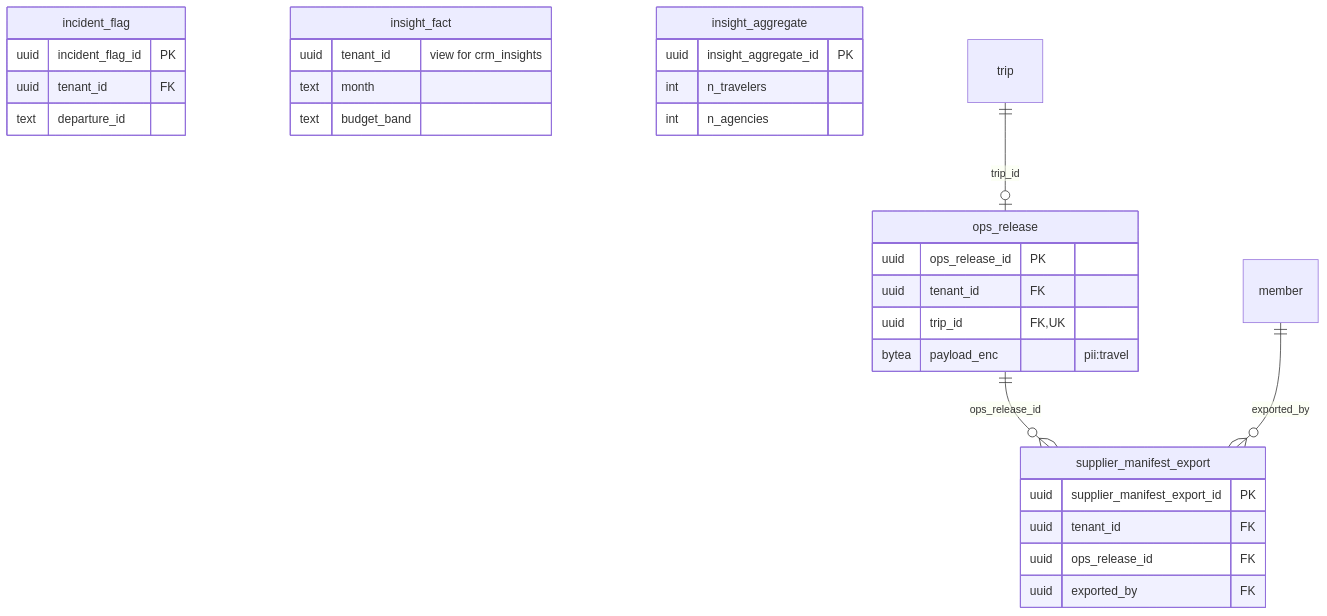
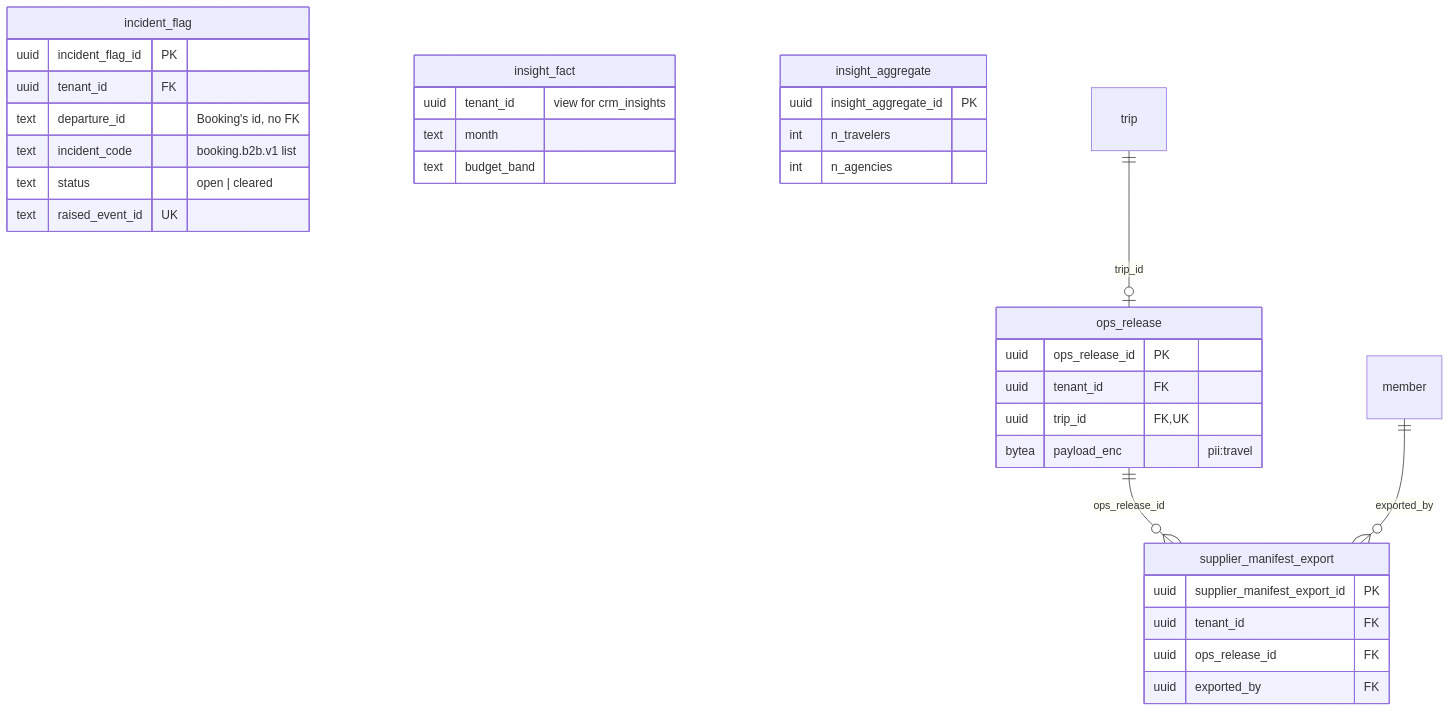
One commit to AdventureAsia365-Ecosys/AA-Ecosys changed diagram 12 of 13 in docs/architecture/erd/design/crm.md. Above: the diagram before and after it, drawn with Mermaid. The commit also changed other lines of this file and 1 other file, not shown here.

First line of the commit message:
docs: crm-027 incident flags and calendar feeds in the design ERD and the retention register (#385)

````diff
--- a/docs/architecture/erd/design/crm.md
+++ b/docs/architecture/erd/design/crm.md
@@ -842,33 +856,36 @@
 ```mermaid
 erDiagram
     ops_release {
         uuid ops_release_id PK
         uuid tenant_id FK
         uuid trip_id FK, UK
         bytea payload_enc "pii:travel"
     }
     supplier_manifest_export {
         uuid supplier_manifest_export_id PK
         uuid tenant_id FK
         uuid ops_release_id FK
         uuid exported_by FK
     }
     incident_flag {
         uuid incident_flag_id PK
         uuid tenant_id FK
-        text departure_id
+        text departure_id "Booking's id, no FK"
+        text incident_code "booking.b2b.v1 list"
+        text status "open | cleared"
+        text raised_event_id UK
     }
     insight_fact {
         uuid tenant_id "view for crm_insights"
         text month
         text budget_band
     }
     insight_aggregate {
         uuid insight_aggregate_id PK
         int n_travelers
         int n_agencies
     }
     trip ||--o| ops_release : "trip_id"
     ops_release ||--o{ supplier_manifest_export : "ops_release_id"
     member ||--o{ supplier_manifest_export : "exported_by"
 ```
````
